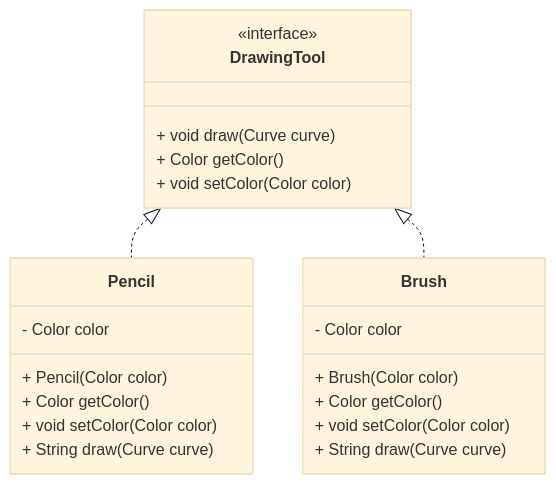
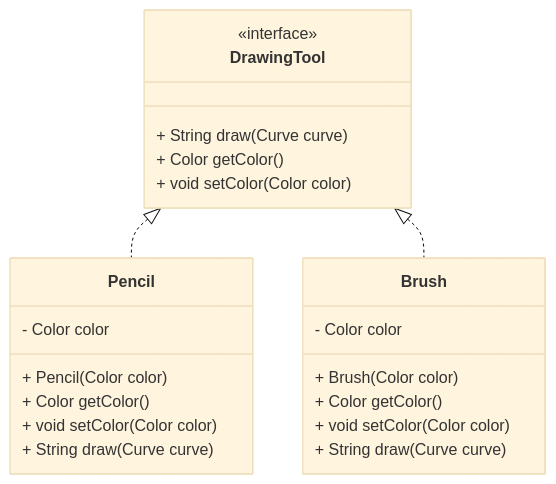
Before and after one commit to nbicocchi/learn-java-core: the fifth of 11 diagrams in slides/E3.3 - Java Classes (Interfaces, abstract classes).md, drawn with Mermaid (base theme). The commit also changed other lines of this file, not shown here.

````diff
--- a/slides/E3.3 - Java Classes (Interfaces, abstract classes).md
+++ b/slides/E3.3 - Java Classes (Interfaces, abstract classes).md
@@ -126,28 +200,28 @@
 ```mermaid
 classDiagram
    class DrawingTool {
       <<interface>>
-      + void draw(Curve curve)
+      + String draw(Curve curve)
       + Color getColor()
       + void setColor(Color color)
    }
 
    class Pencil {
       - Color color
       + Pencil(Color color)
       + Color getColor()
       + void setColor(Color color)
       + String draw(Curve curve)
    }
 
    class Brush {
       - Color color
       + Brush(Color color)
       + Color getColor()
       + void setColor(Color color)
       + String draw(Curve curve)
    }
 
    DrawingTool <|.. Pencil
    DrawingTool <|.. Brush
 ```
````
